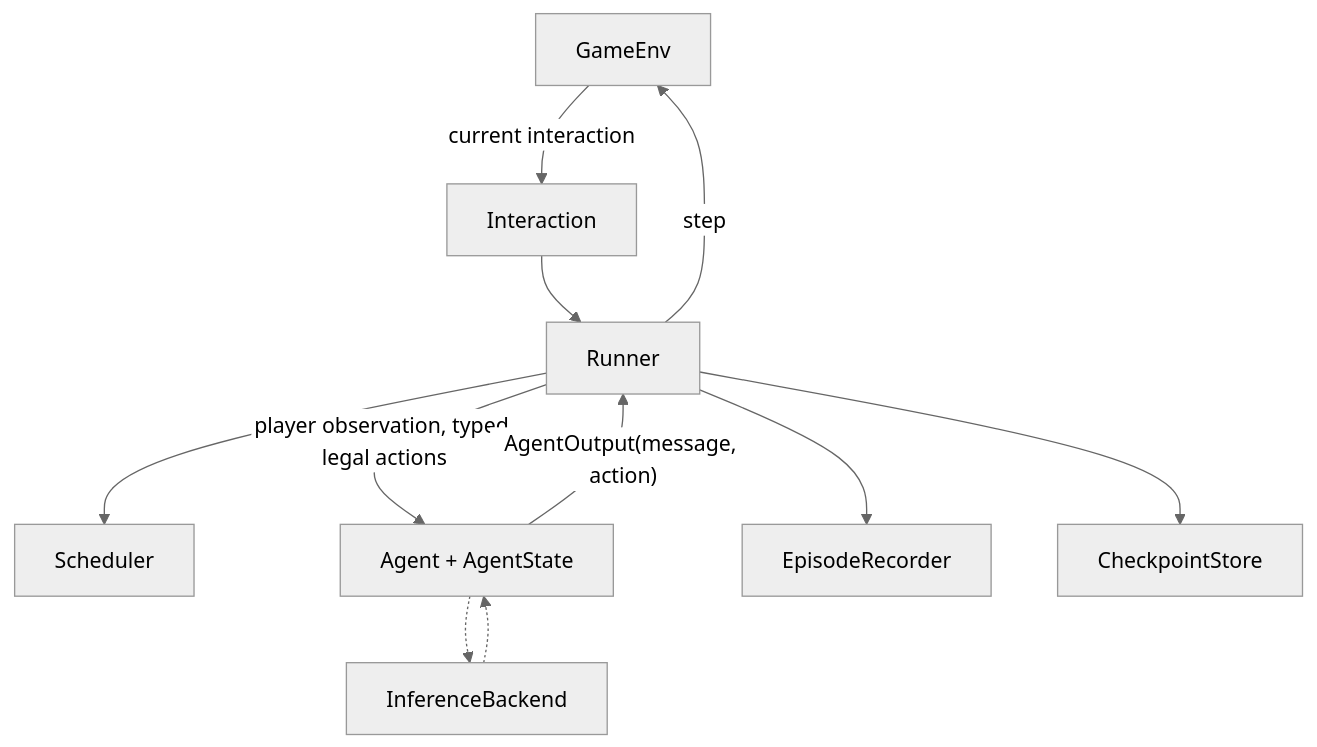
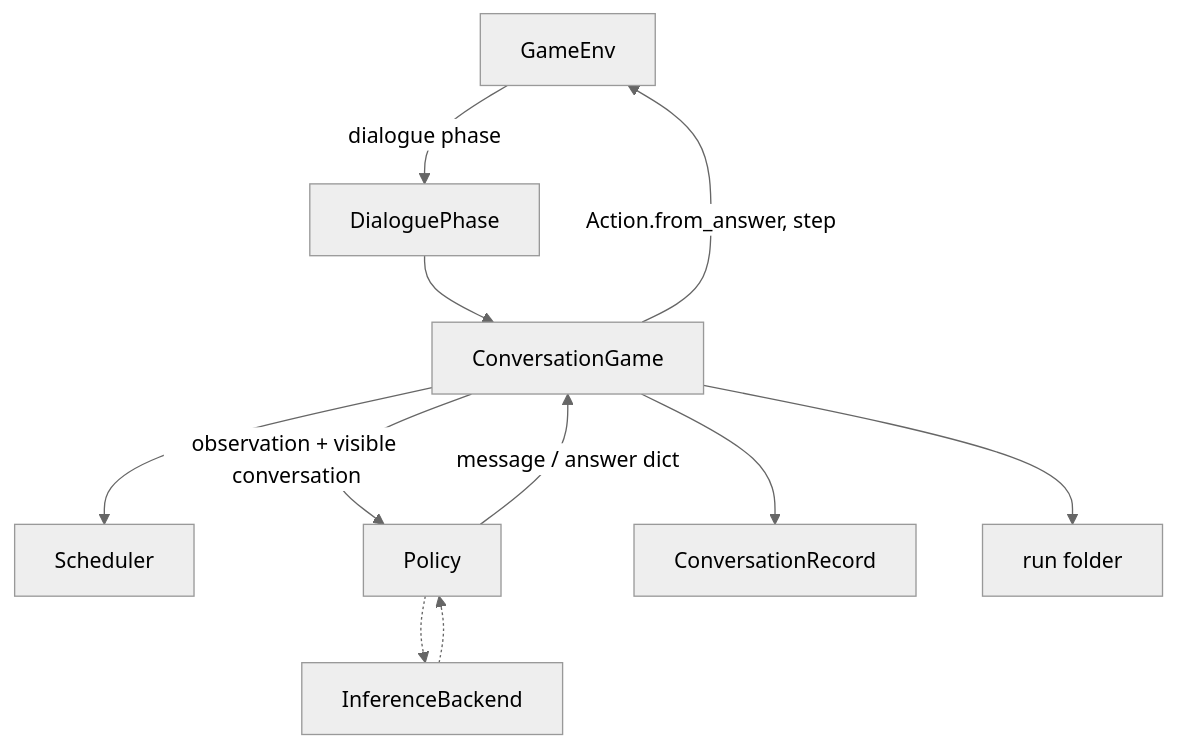
One commit to masatonaut/selfplay-worlds changed the diagram in README.md. Above: the diagram before and after it, drawn with Mermaid (neutral theme). The commit also changed other lines of this file and 60 other files, not shown here.

First line of the commit message:
Redesign around GameEnv, Policy and ConversationGame

````diff
--- a/README.md
+++ b/README.md
@@ -29,13 +29,13 @@
 ```mermaid
 flowchart TD
-    ENV[GameEnv] -->|current interaction| INT[Interaction]
-    INT --> RUN[Runner]
-    RUN --> SCH[Scheduler]
-    RUN -->|player observation, typed legal actions| AG[Agent + AgentState]
-    AG -.-> INF[InferenceBackend]
-    INF -.-> AG
-    AG -->|"AgentOutput(message, action)"| RUN
-    RUN -->|step| ENV
-    RUN --> LOG[EpisodeRecorder]
-    RUN --> CKPT[CheckpointStore]
+    ENV[GameEnv] -->|dialogue phase| PH[DialoguePhase]
+    PH --> CG[ConversationGame]
+    CG --> SCH[Scheduler]
+    CG -->|observation + visible conversation| POL[Policy]
+    POL -.-> INF[InferenceBackend]
+    INF -.-> POL
+    POL -->|message / answer dict| CG
+    CG -->|"Action.from_answer, step"| ENV
+    CG --> REC[ConversationRecord]
+    CG --> SAVE[run folder]
 ```
````
